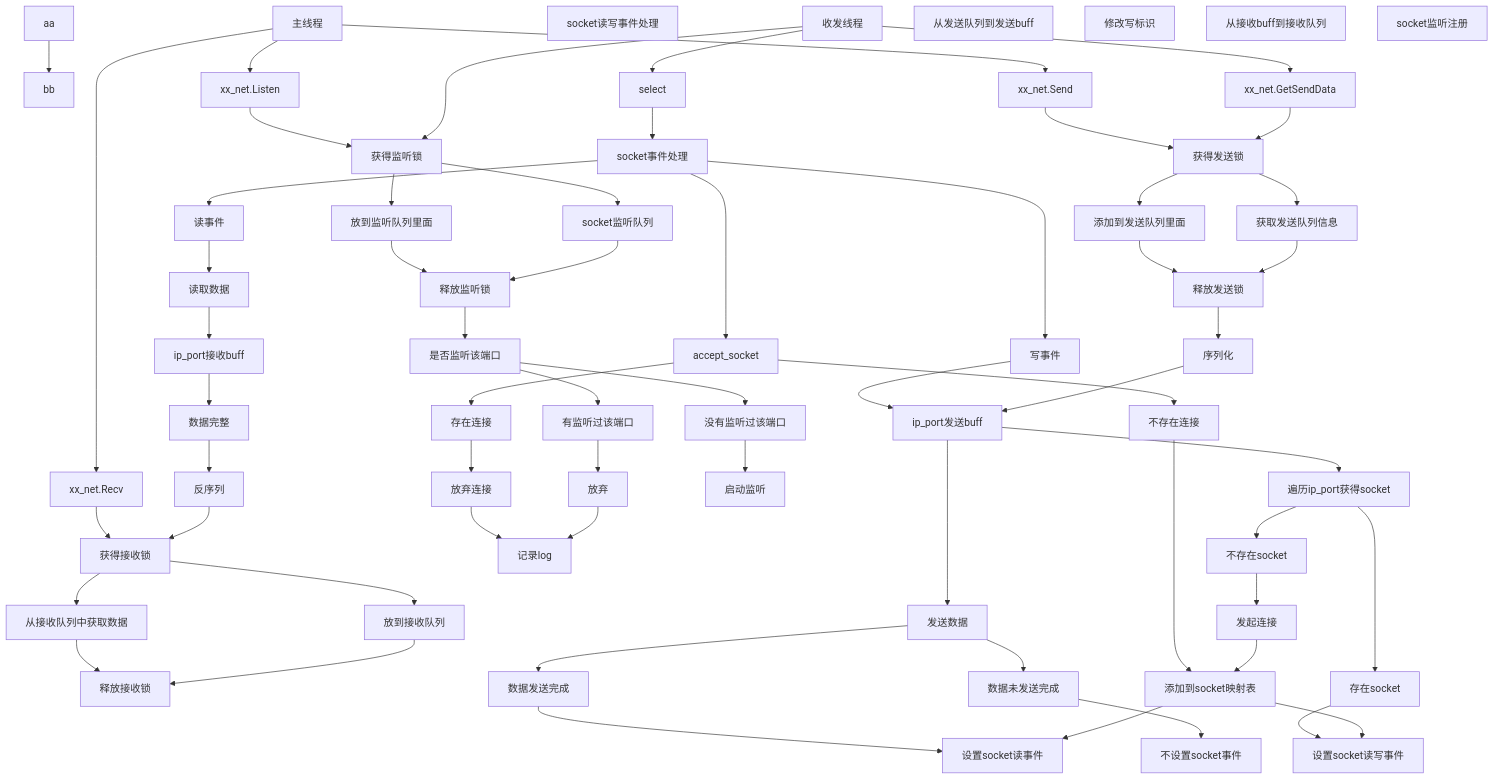
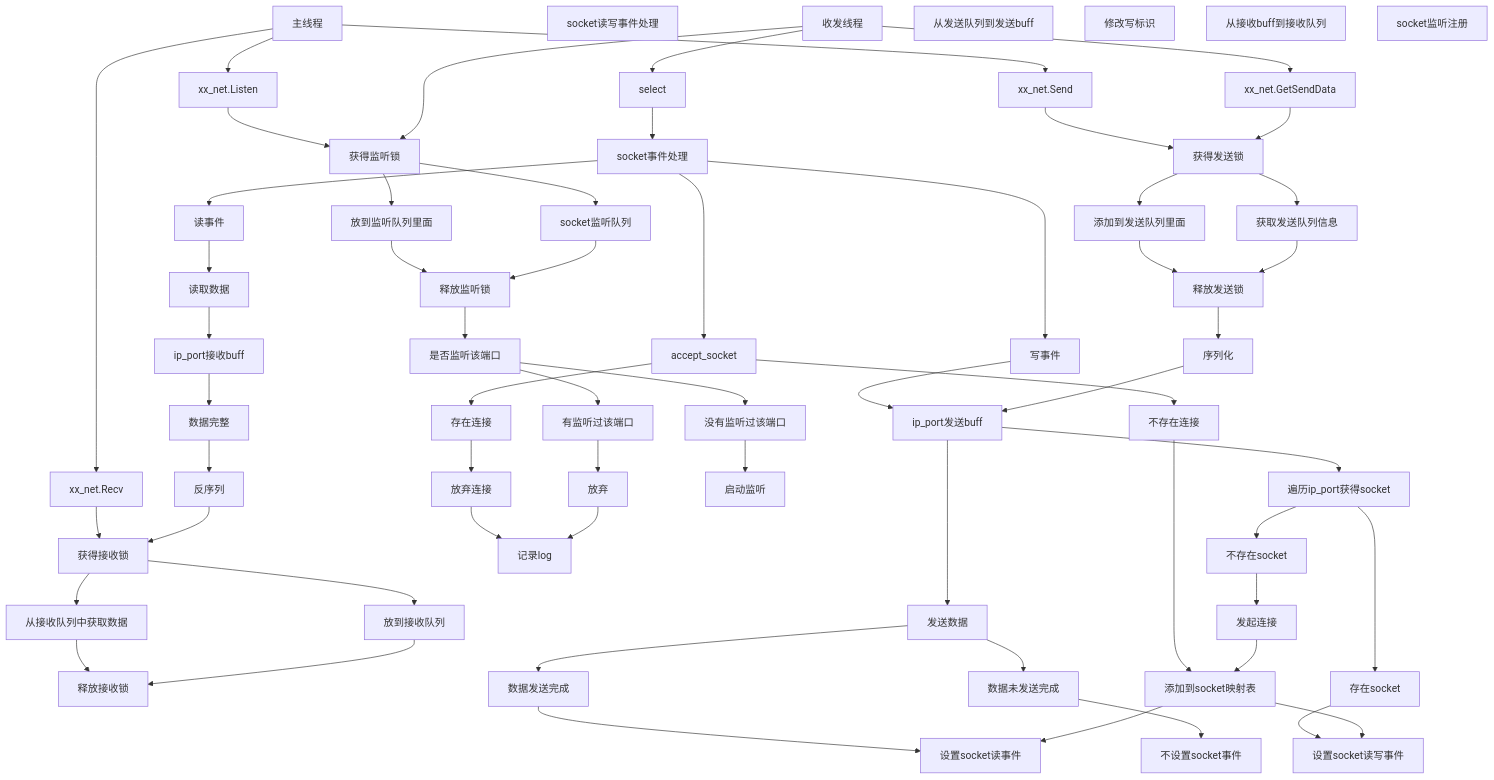
The diagram in template/doc/xx_net.md (xiewendan/gitee-sync), drawn with Mermaid before and after one commit. The commit also changed other lines of this file and 26 other files, not shown here.

````diff
--- a/template/doc/xx_net.md
+++ b/template/doc/xx_net.md
@@ -3,33 +5,30 @@
 ```mermaid
 graph TD;
-
-aa-->bb
-
 
 主线程-->xx_net.Listen-->获得监听锁-->放到监听队列里面-->释放监听锁
 主线程-->xx_net.Send-->获得发送锁-->添加到发送队列里面-->释放发送锁
 主线程-->xx_net.Recv-->获得接收锁-->从接收队列中获取数据-->释放接收锁
 
 socket读写事件处理
 收发线程-->select-->socket事件处理-->写事件-->ip_port发送buff-->发送数据-->数据发送完成-->设置socket读事件
                                                               发送数据-->数据未发送完成-->不设置socket事件
 
                    socket事件处理-->读事件-->读取数据-->ip_port接收buff
 
                    socket事件处理-->accept_socket-->不存在连接-->添加到socket映射表-->设置socket读事件
                                    accept_socket-->存在连接-->放弃连接-->记录log
 
 从发送队列到发送buff
 收发线程-->xx_net.GetSendData-->获得发送锁-->获取发送队列信息-->释放发送锁-->序列化-->ip_port发送buff
 
 修改写标识
 ip_port发送buff-->遍历ip_port获得socket-->存在socket-->设置socket读写事件
                  遍历ip_port获得socket-->不存在socket-->发起连接-->添加到socket映射表-->设置socket读写事件
 
 从接收buff到接收队列
 ip_port接收buff-->数据完整-->反序列-->获得接收锁-->放到接收队列-->释放接收锁
 
 socket监听注册
 收发线程-->获得监听锁-->socket监听队列-->释放监听锁-->是否监听该端口-->没有监听过该端口-->启动监听
                                                    是否监听该端口-->有监听过该端口-->放弃-->记录log
 ```
````
